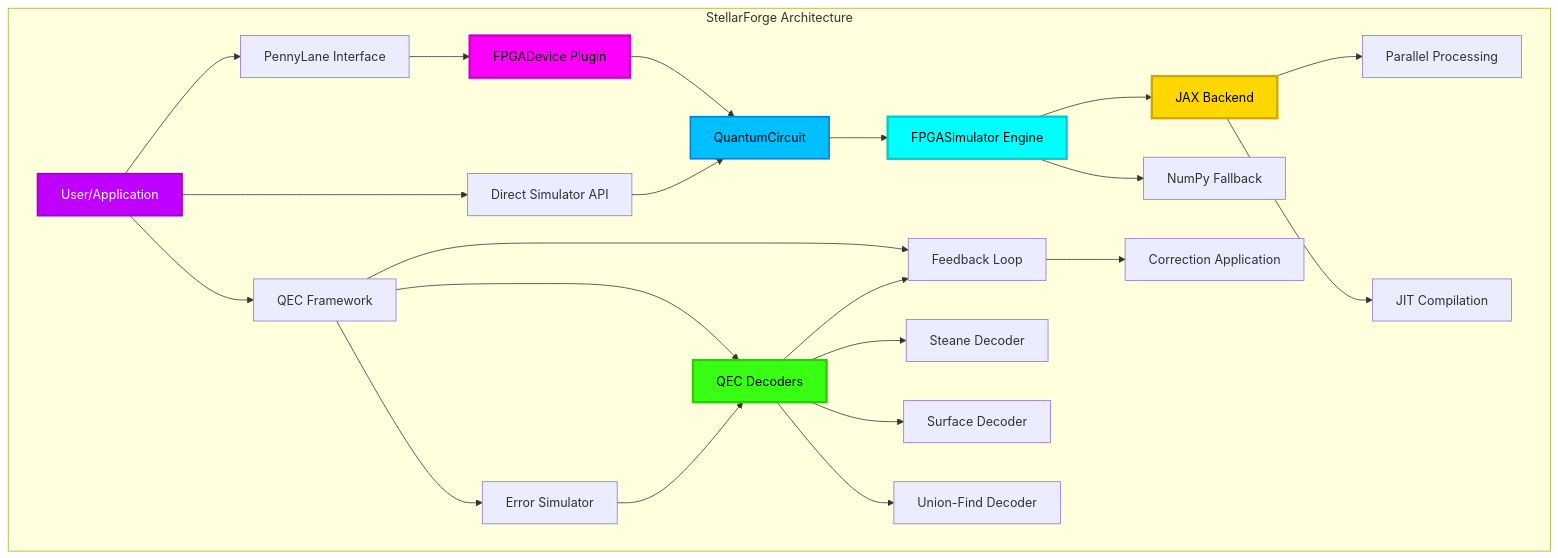
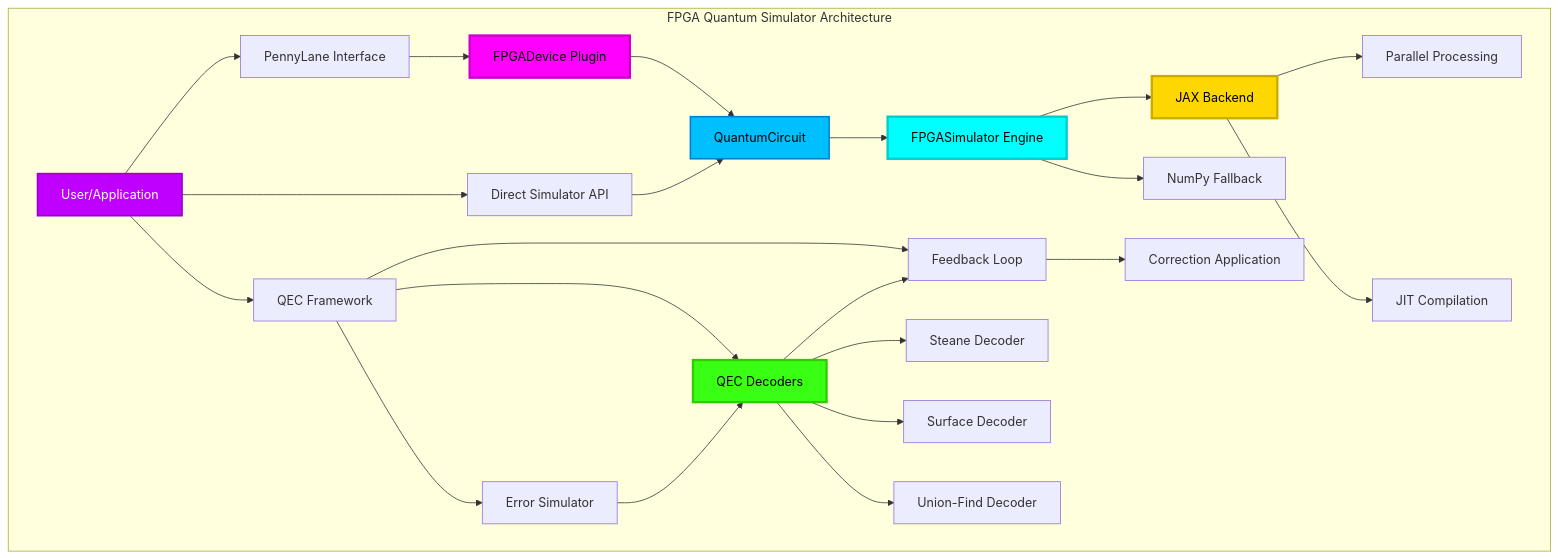
One commit to ahmed27037/Q changed the diagram in diagrams/01_system_architecture.mmd. Above: the diagram before and after it, drawn with Mermaid. The commit also changed 2 other files, not shown here.

```diff
--- a/diagrams/01_system_architecture.mmd
+++ b/diagrams/01_system_architecture.mmd
@@ -1,37 +1,37 @@
 graph TB
-    subgraph "StellarForge Architecture"
+    subgraph "FPGA Quantum Simulator Architecture"
         A[User/Application] --> B[PennyLane Interface]
         A --> C[Direct Simulator API]
         A --> D[QEC Framework]
         
         B --> E[FPGADevice Plugin]
         E --> F[QuantumCircuit]
         
         C --> F
         F --> G[FPGASimulator Engine]
         
         D --> H[Error Simulator]
         D --> I[QEC Decoders]
         D --> J[Feedback Loop]
         
         G --> K[JAX Backend]
         G --> L[NumPy Fallback]
         
         I --> M[Steane Decoder]
         I --> N[Surface Decoder]
         I --> O[Union-Find Decoder]
         
         H --> I
         I --> J
         J --> P[Correction Application]
         
         K --> Q[Parallel Processing]
         K --> R[JIT Compilation]
         
         style G fill:#00FFFF,stroke:#00CCCC,stroke-width:3px,color:#000
         style E fill:#FF00FF,stroke:#CC00CC,stroke-width:3px,color:#000
         style I fill:#39FF14,stroke:#2ECC00,stroke-width:3px,color:#000
         style K fill:#FFD700,stroke:#CCAA00,stroke-width:3px,color:#000
         style A fill:#BF00FF,stroke:#9900CC,stroke-width:2px,color:#FFF
         style F fill:#00BFFF,stroke:#0080CC,stroke-width:2px,color:#000
     end
```
